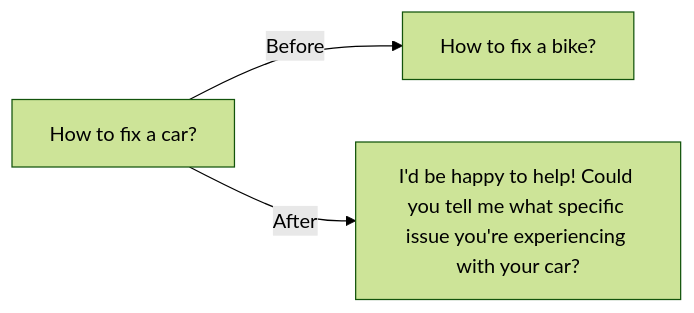
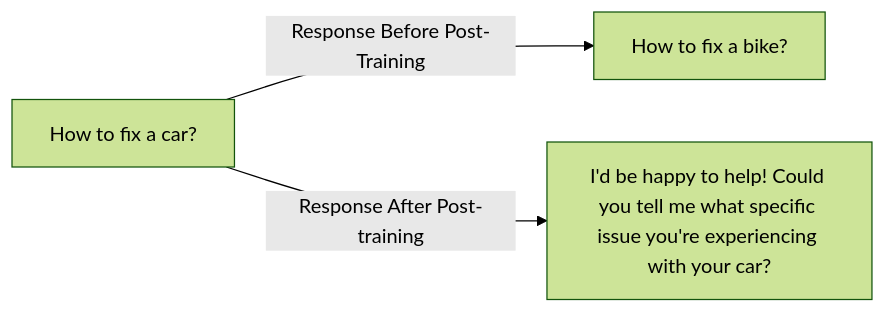
The diagram in 10-local-mps/PostTrainingDoc/01HistoryPostTraining.md (yingding/model-fine-tuning), drawn with Mermaid (forest theme) before and after one commit.

````diff
--- a/10-local-mps/PostTrainingDoc/01HistoryPostTraining.md
+++ b/10-local-mps/PostTrainingDoc/01HistoryPostTraining.md
@@ -12,5 +12,5 @@
 ```mermaid
 flowchart LR
-    A["How to fix a car?"] -->|Before| B["How to fix a bike?"]
-    A -->|After| C["I'd be happy to help! Could you tell me what specific issue you're experiencing with your car?"]
+    A["How to fix a car?"] -->|Response Before Post-Training| B["How to fix a bike?"]
+    A -->|Response After Post-training| C["I'd be happy to help! Could you tell me what specific issue you're experiencing with your car?"]
 ```
````
